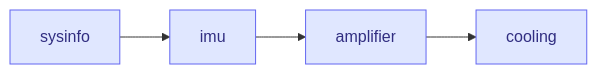
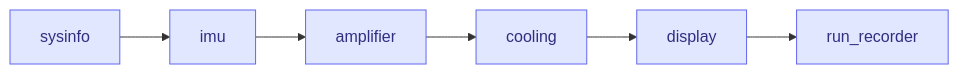
The third of 5 diagrams in docs/modules.md (jhyland87/Cryocooler-Controller), drawn with Mermaid before and after one commit. The commit also changed other lines of this file and 38 other files, not shown here.

First line of the commit message:
run_recorder: keep 24 h of chart history in PSRAM and serve it to the dashboard

````diff
--- a/docs/modules.md
+++ b/docs/modules.md
@@ -229,7 +230,7 @@
 ```mermaid
 flowchart LR
-    sysinfo --> imu --> amplifier --> cooling
+    sysinfo --> imu --> amplifier --> cooling --> display --> run_recorder
 
     classDef mod fill:#e0e7ff,stroke:#6366f1,color:#312e81
-    class sysinfo,imu,amplifier,cooling mod
+    class sysinfo,imu,amplifier,cooling,display,run_recorder mod
 ```
````
